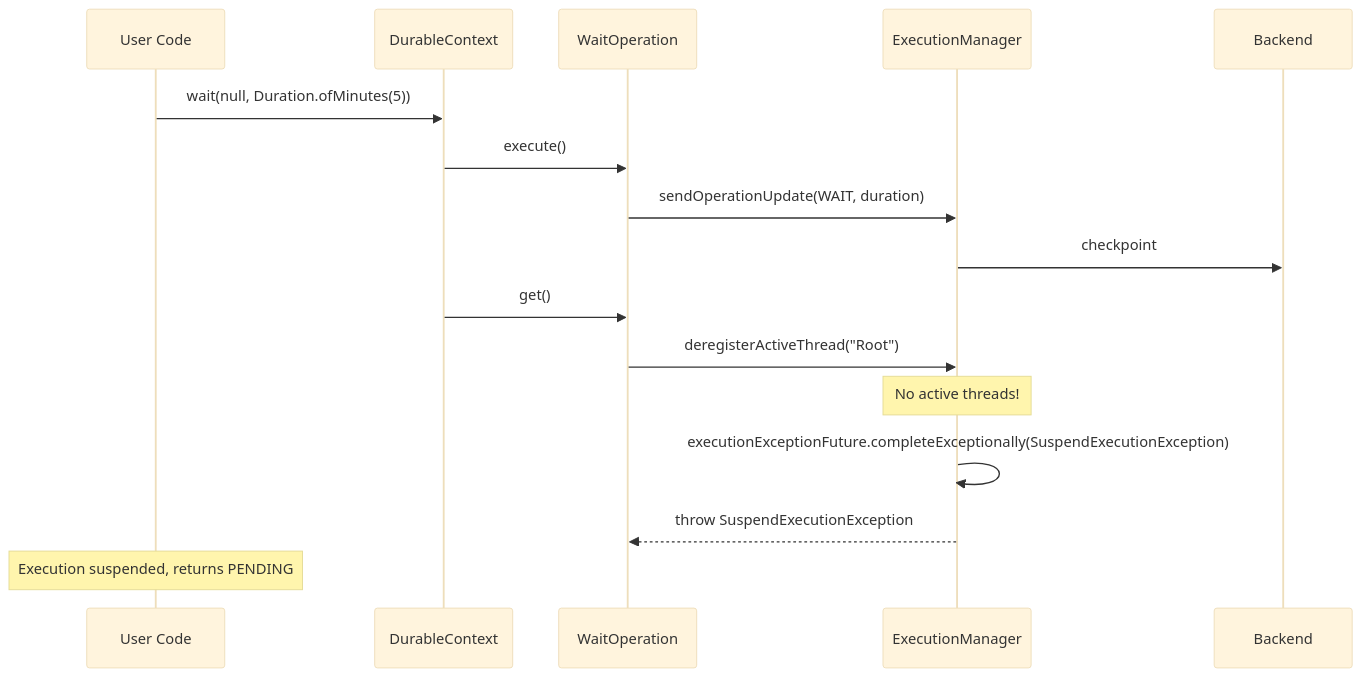
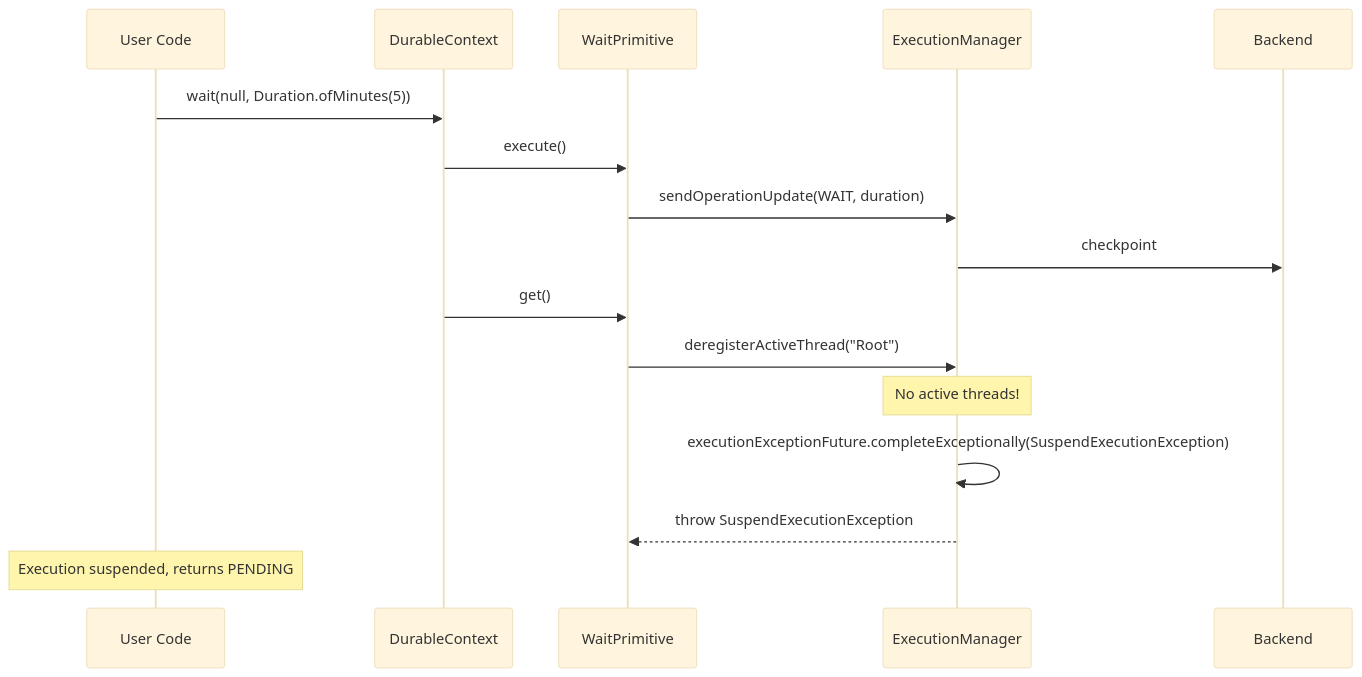
Before and after one commit to aws/aws-durable-execution-sdk-java: the third of 3 diagrams in docs/design.md, drawn with Mermaid (base theme). The commit also changed other lines of this file and 134 other files, not shown here.

Commit message:
refactor: unify durable operation extension architecture

````diff
--- a/docs/design.md
+++ b/docs/design.md
@@ -443,22 +455,22 @@
 ```mermaid
 sequenceDiagram
     participant UC as User Code
     participant DC as DurableContext
-    participant WO as WaitOperation
+    participant WO as WaitPrimitive
     participant EM as ExecutionManager
     participant Backend
 
     UC->>DC: wait(null, Duration.ofMinutes(5))
     DC->>WO: execute()
     WO->>EM: sendOperationUpdate(WAIT, duration)
     EM->>Backend: checkpoint
     
     DC->>WO: get()
     WO->>EM: deregisterActiveThread("Root")
     
     Note over EM: No active threads!
     EM->>EM: executionExceptionFuture.completeExceptionally(SuspendExecutionException)
     EM-->>WO: throw SuspendExecutionException
     
     Note over UC: Execution suspended, returns PENDING
 ```
````
